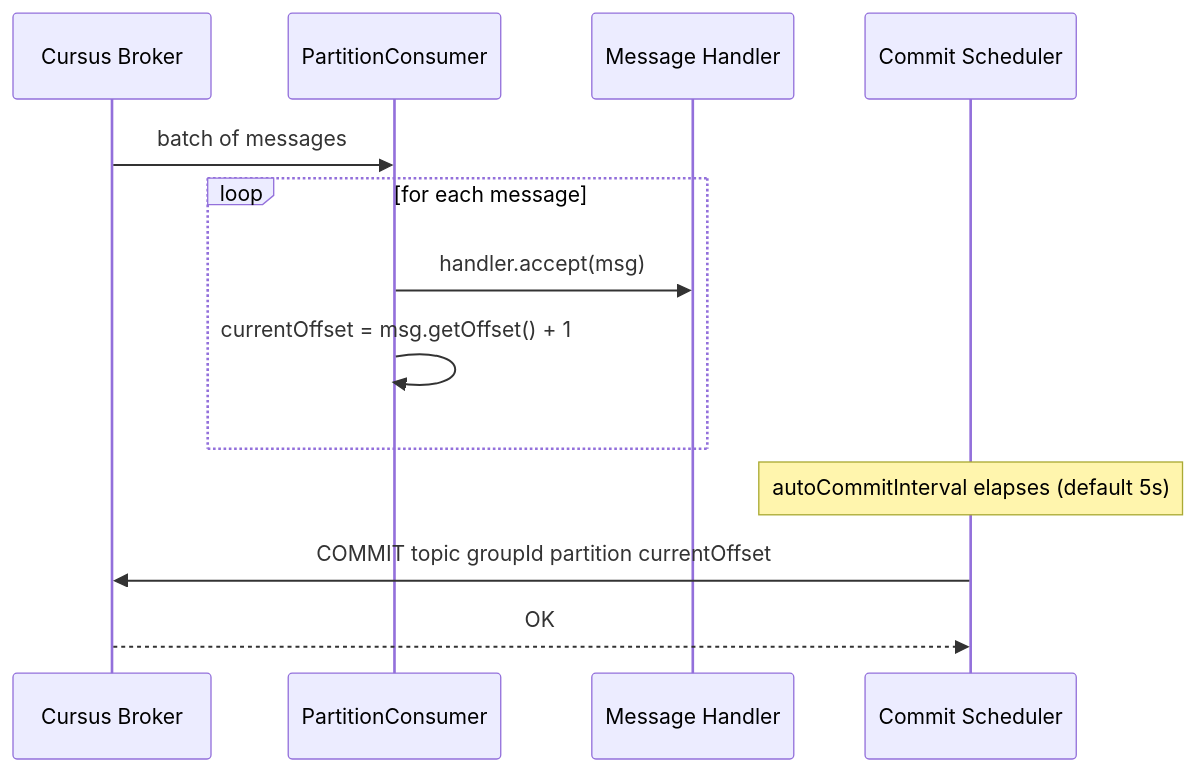
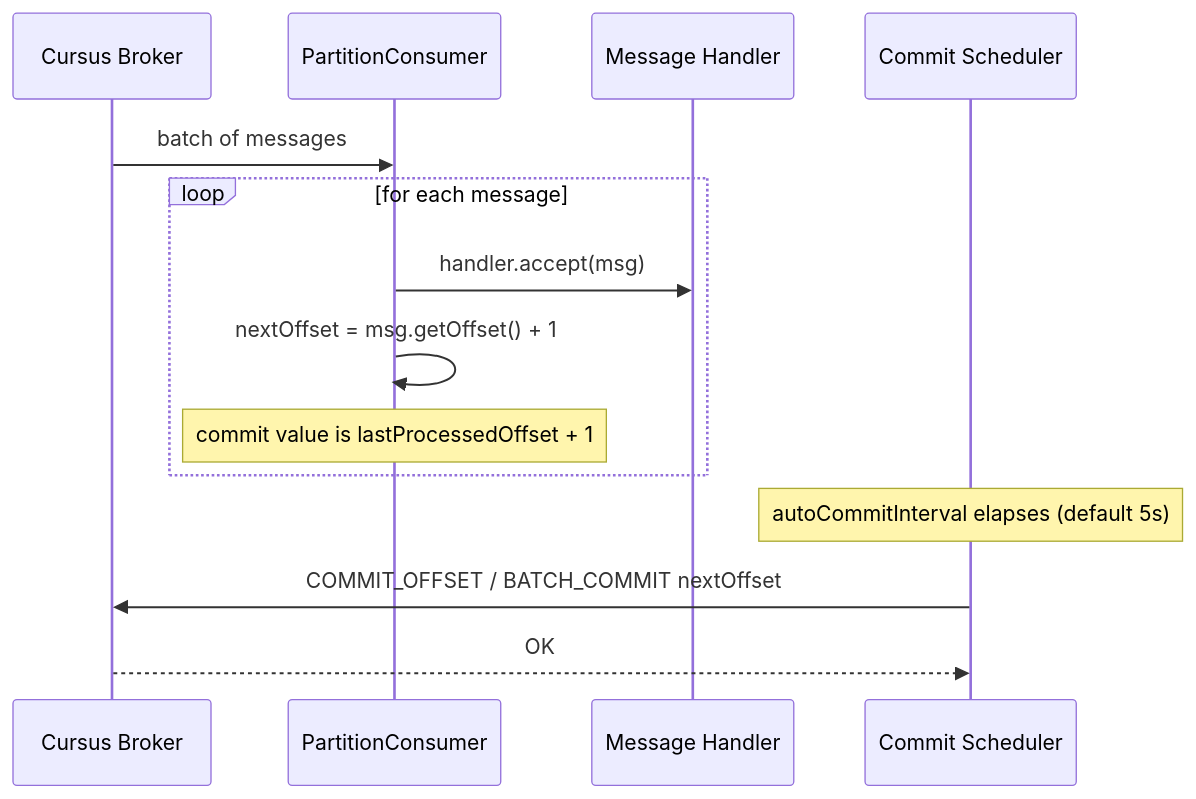
The third of 3 diagrams in docs/consumer-guide.md (cursus-io/cursus-java), drawn with Mermaid before and after one commit. The commit also changed other lines of this file and 27 other files, not shown here.

````diff
--- a/docs/consumer-guide.md
+++ b/docs/consumer-guide.md
@@ -150,17 +152,18 @@
 ```mermaid
 sequenceDiagram
     participant B as Cursus Broker
     participant PC as PartitionConsumer
     participant H as Message Handler
     participant CS as Commit Scheduler
 
     B->>PC: batch of messages
     loop for each message
         PC->>H: handler.accept(msg)
-        PC->>PC: currentOffset = msg.getOffset() + 1
+        PC->>PC: nextOffset = msg.getOffset() + 1
+        Note over PC: commit value is lastProcessedOffset + 1
     end
 
     Note over CS: autoCommitInterval elapses (default 5s)
-    CS->>B: COMMIT topic groupId partition currentOffset
+    CS->>B: COMMIT_OFFSET / BATCH_COMMIT nextOffset
     B-->>CS: OK
 ```
````
